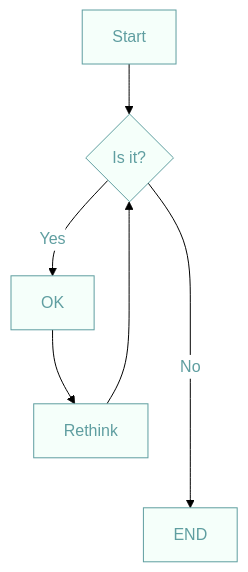
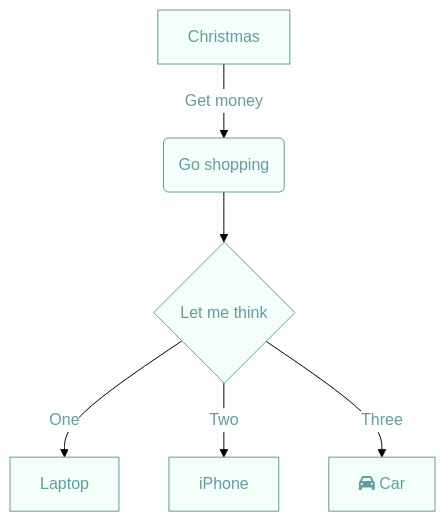
One commit to tiffehr/collaboration-capstone changed the diagram in docs/README.md. Above: the diagram before and after it, drawn with Mermaid.

Commit message:
sample flowchart

```diff
--- a/docs/README.md
+++ b/docs/README.md
@@ -21,9 +21,9 @@
 <div class="mermaid">
 %%{init: {"theme": "base","themeVariables": { "background": "white", "primaryColor": "mintcream", "secondaryBorderColor": "cadetblue", "primaryTextColor": "cadetblue", "clusterBorder": "darkslategrey", "nodeBorder": "cadetblue", "clusterBkg": "white", "nodeTextColor": "darkslategrey", "defaultLinkColor": "cadetblue", "titleColor": "darkslategrey", "edgeLabelBackground": "white" }}}%%
-flowchart TD
-  A[Start] --> B{Is it?}
-  B -->|Yes| C[OK]
-  C --> D[Rethink]
-  D --> B
-  B ---->|No| E[END]
+graph TD
+  A[Christmas] -->|Get money| B(Go shopping)
+  B --> C{Let me think}
+  C -->|One| D[Laptop]
+  C -->|Two| E[iPhone]
+  C -->|Three| F[fa:fa-car Car]
 </div>
```
